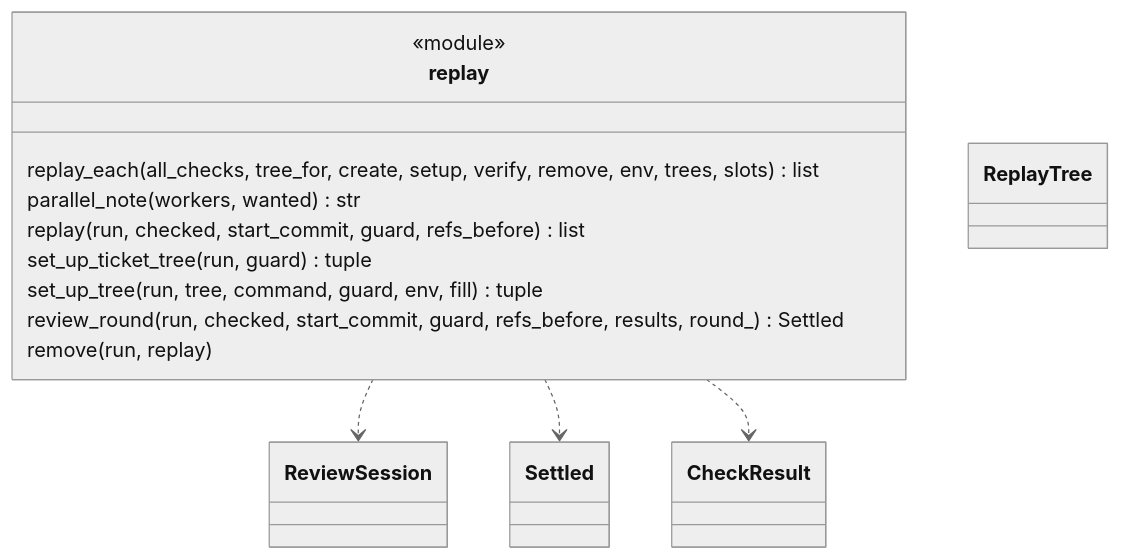
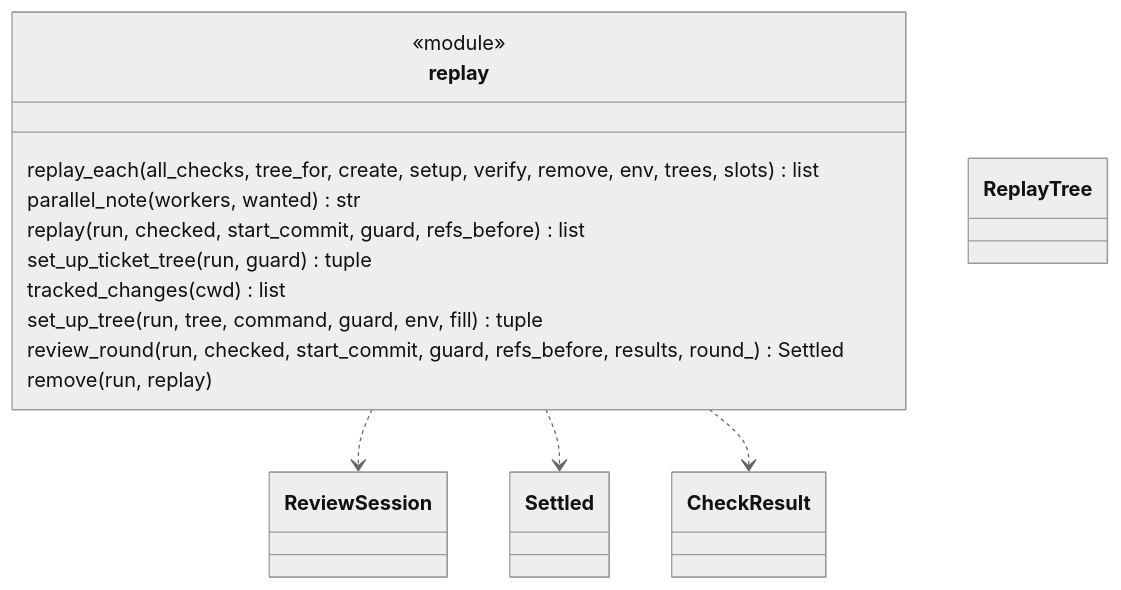
The second of 3 diagrams in docs/architecture/modules/replay.md (plaplanche/ariane), drawn with Mermaid (neutral theme) before and after one commit. The commit also changed other lines of this file and 8 other files, not shown here.

````diff
--- a/docs/architecture/modules/replay.md
+++ b/docs/architecture/modules/replay.md
@@ -54,20 +55,21 @@
 ```mermaid
 classDiagram
 class replay {
   <<module>>
   replay_each(all_checks, tree_for, create, setup, verify, remove, env, trees, slots) list
   parallel_note(workers, wanted) str
   replay(run, checked, start_commit, guard, refs_before) list
   set_up_ticket_tree(run, guard) tuple
+  tracked_changes(cwd) list
   set_up_tree(run, tree, command, guard, env, fill) tuple
   review_round(run, checked, start_commit, guard, refs_before, results, round_) Settled
   remove(run, replay)
 }
 class ReplayTree
 class ReviewSession
 class Settled
 class CheckResult
 replay ..> ReviewSession
 replay ..> Settled
 replay ..> CheckResult
 ```
````
